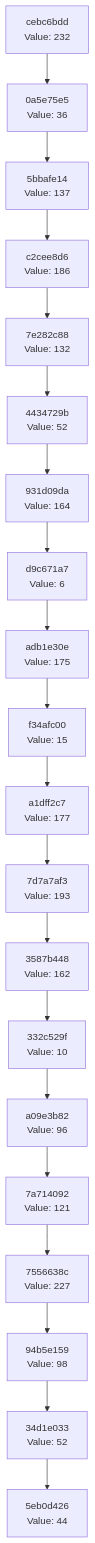
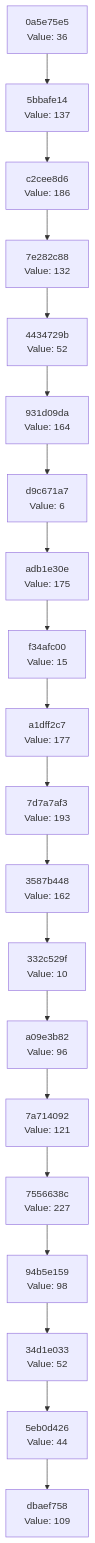
The diagram in docs/CHAIN_VISUALIZATION.md (Abhisheksinha1506/hash-chain-evolver), drawn with Mermaid before and after one commit. The commit also changed 2 other files, not shown here.

Commit message:
Evolution step: hash 0x6D → action executed

````diff
--- a/docs/CHAIN_VISUALIZATION.md
+++ b/docs/CHAIN_VISUALIZATION.md
@@ -3,42 +3,42 @@
 ```mermaid
 graph TD
-    C0["5eb0d426<br/>Value: 44"]
-    C1["34d1e033<br/>Value: 52"]
+    C0["dbaef758<br/>Value: 109"]
+    C1["5eb0d426<br/>Value: 44"]
     C1 --> C0
-    C2["94b5e159<br/>Value: 98"]
+    C2["34d1e033<br/>Value: 52"]
     C2 --> C1
-    C3["7556638c<br/>Value: 227"]
+    C3["94b5e159<br/>Value: 98"]
     C3 --> C2
-    C4["7a714092<br/>Value: 121"]
+    C4["7556638c<br/>Value: 227"]
     C4 --> C3
-    C5["a09e3b82<br/>Value: 96"]
+    C5["7a714092<br/>Value: 121"]
     C5 --> C4
-    C6["332c529f<br/>Value: 10"]
+    C6["a09e3b82<br/>Value: 96"]
     C6 --> C5
-    C7["3587b448<br/>Value: 162"]
+    C7["332c529f<br/>Value: 10"]
     C7 --> C6
-    C8["7d7a7af3<br/>Value: 193"]
+    C8["3587b448<br/>Value: 162"]
     C8 --> C7
-    C9["a1dff2c7<br/>Value: 177"]
+    C9["7d7a7af3<br/>Value: 193"]
     C9 --> C8
-    C10["f34afc00<br/>Value: 15"]
+    C10["a1dff2c7<br/>Value: 177"]
     C10 --> C9
-    C11["adb1e30e<br/>Value: 175"]
+    C11["f34afc00<br/>Value: 15"]
     C11 --> C10
-    C12["d9c671a7<br/>Value: 6"]
+    C12["adb1e30e<br/>Value: 175"]
     C12 --> C11
-    C13["931d09da<br/>Value: 164"]
+    C13["d9c671a7<br/>Value: 6"]
     C13 --> C12
-    C14["4434729b<br/>Value: 52"]
+    C14["931d09da<br/>Value: 164"]
     C14 --> C13
-    C15["7e282c88<br/>Value: 132"]
+    C15["4434729b<br/>Value: 52"]
     C15 --> C14
-    C16["c2cee8d6<br/>Value: 186"]
+    C16["7e282c88<br/>Value: 132"]
     C16 --> C15
-    C17["5bbafe14<br/>Value: 137"]
+    C17["c2cee8d6<br/>Value: 186"]
     C17 --> C16
-    C18["0a5e75e5<br/>Value: 36"]
+    C18["5bbafe14<br/>Value: 137"]
     C18 --> C17
-    C19["cebc6bdd<br/>Value: 232"]
+    C19["0a5e75e5<br/>Value: 36"]
     C19 --> C18
 ```
````
